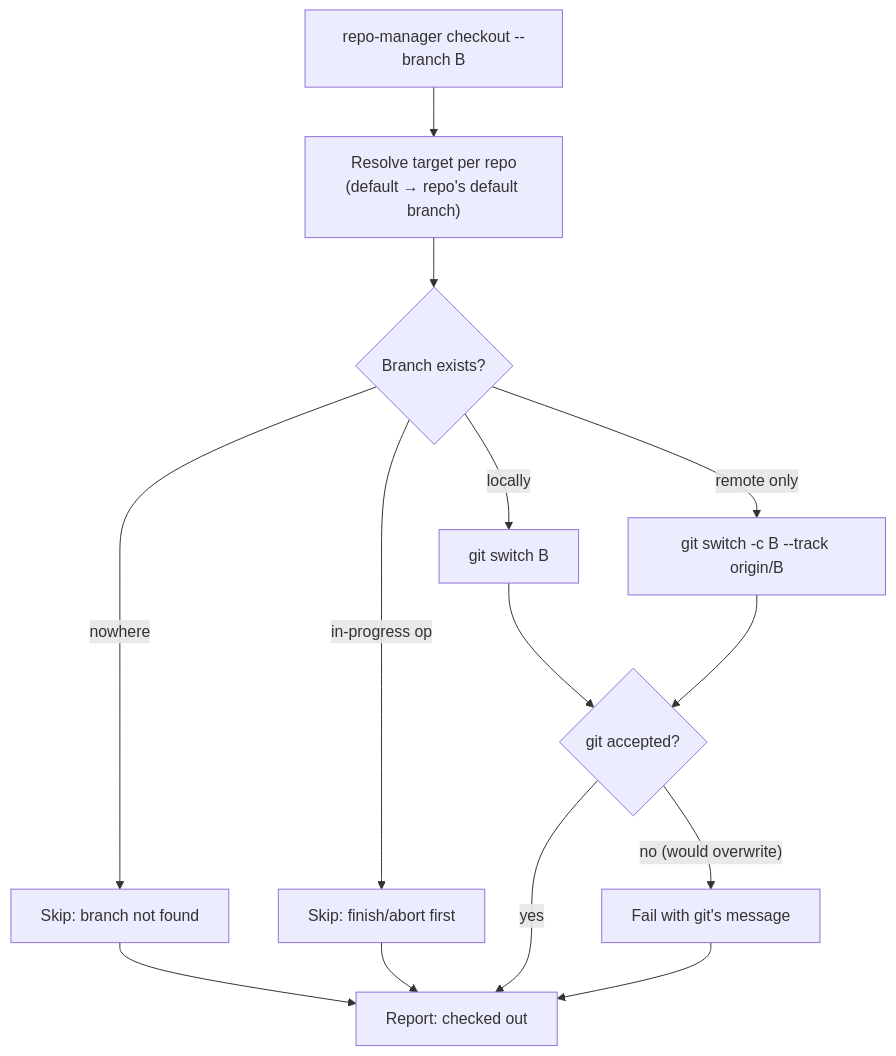
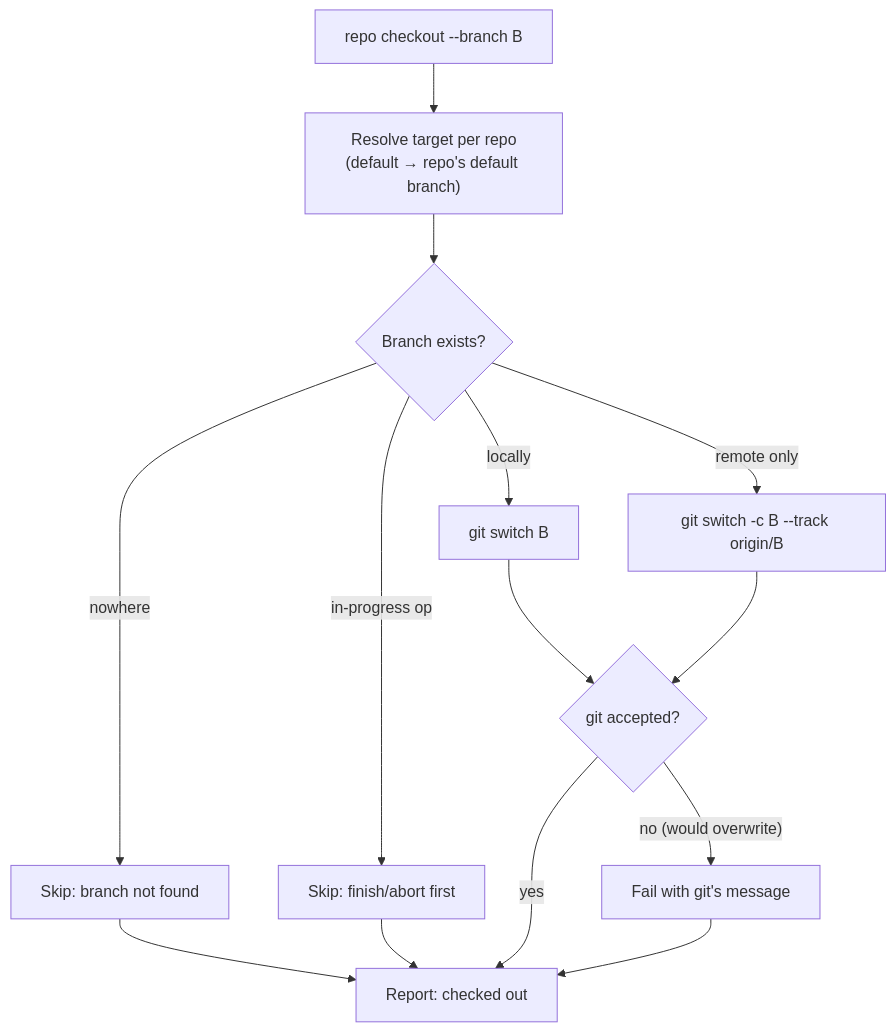
Before and after one commit to thetechdabbler/repo-manager: the diagram in docs/reference/checkout.md, drawn with Mermaid. The commit also changed other lines of this file and 44 other files, not shown here.

First line of the commit message:
feat: add project-first repo CLI

````diff
--- a/docs/reference/checkout.md
+++ b/docs/reference/checkout.md
@@ -19,16 +19,16 @@
 ```mermaid
 flowchart TD
-  A["repo-manager checkout --branch B"] --> B["Resolve target per repo<br/>(default → repo's default branch)"]
+  A["repo <project> checkout --branch B"] --> B["Resolve target per repo<br/>(default → repo's default branch)"]
   B --> C{"Branch exists?"}
   C -- "nowhere" --> S["Skip: branch not found"]
   C -- "in-progress op" --> S2["Skip: finish/abort first"]
   C -- "locally" --> D["git switch B"]
   C -- "remote only" --> E["git switch -c B --track origin/B"]
   D --> F{"git accepted?"}
   E --> F
   F -- "yes" --> R["Report: checked out"]
   F -- "no (would overwrite)" --> X["Fail with git's message"]
   S --> R
   S2 --> R
   X --> R
 ```
````
